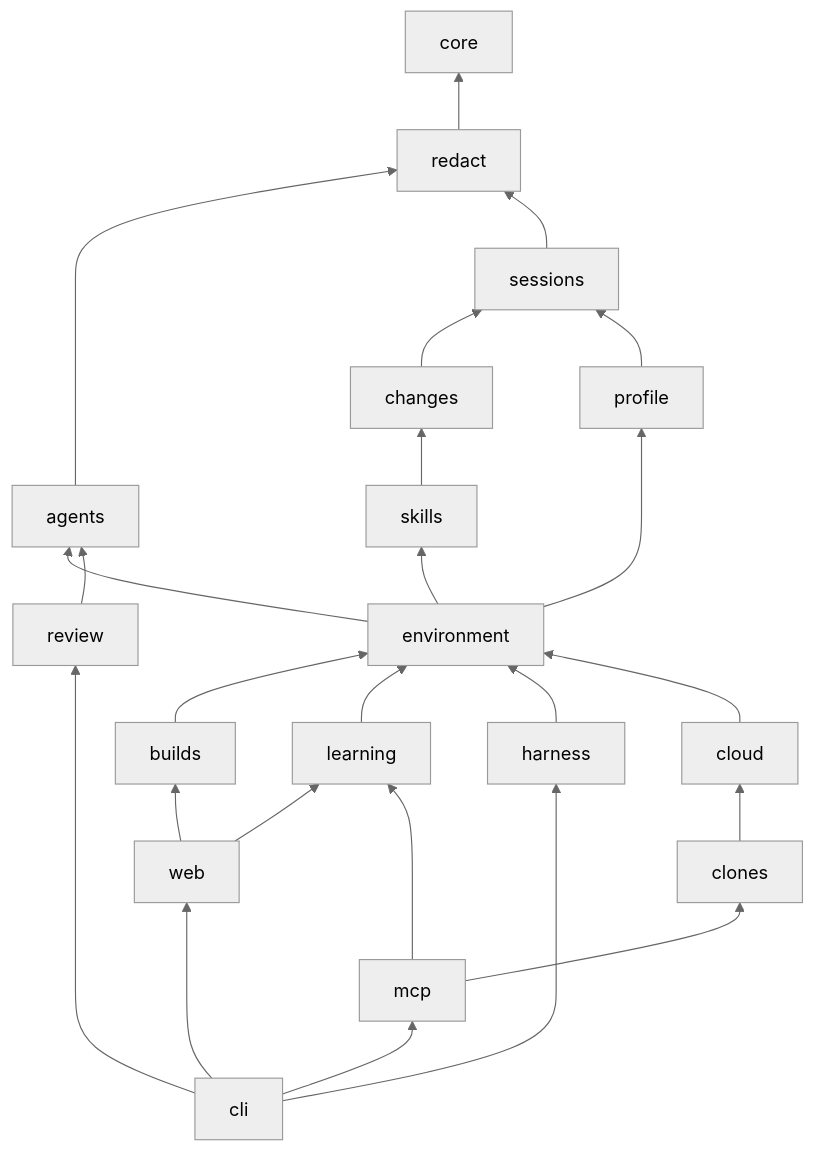
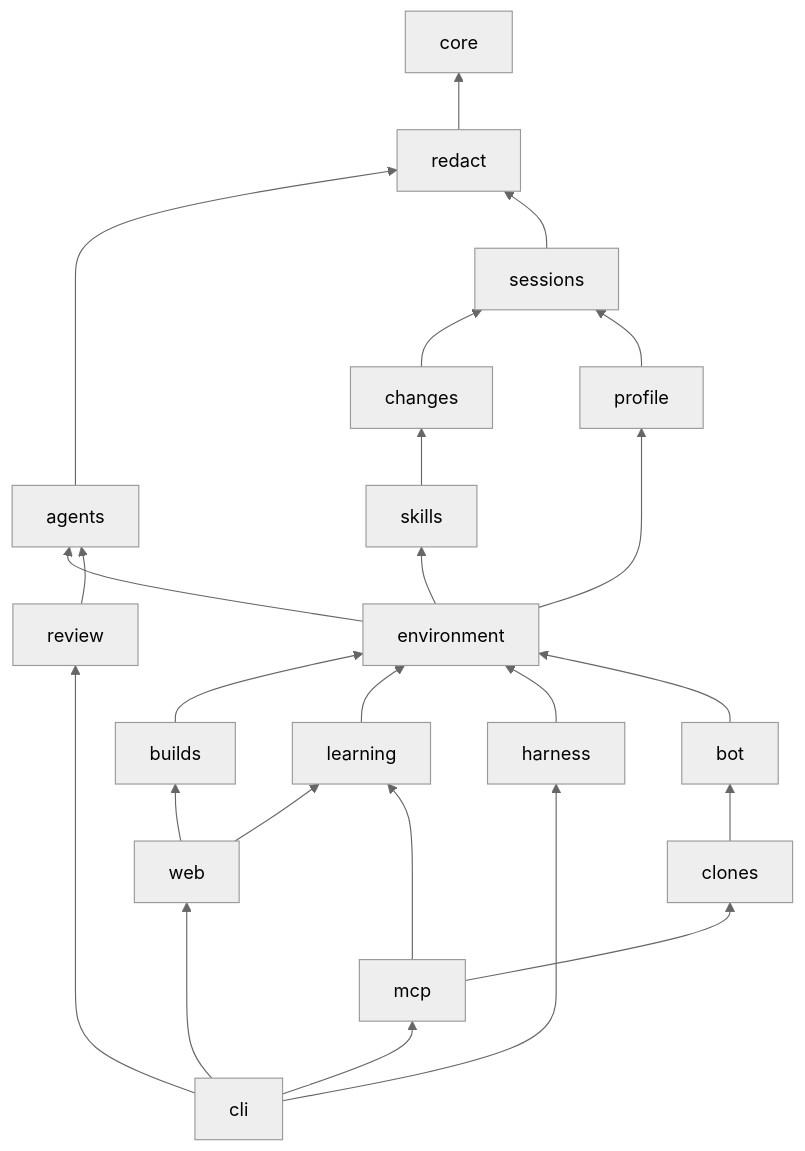
One commit to theonly1me/shadowclone changed the first of 2 diagrams in docs/architecture/README.md. Above: the diagram before and after it, drawn with Mermaid (neutral theme). The commit also changed other lines of this file and 94 other files, not shown here.

First line of the commit message:
refactor: call the cloud bot the actions bot (#244)

````diff
--- a/docs/architecture/README.md
+++ b/docs/architecture/README.md
@@ -37,26 +37,26 @@
 ```mermaid
 graph BT
   redact --> core
   agents --> redact
   sessions --> redact
   changes --> sessions
   skills --> changes
   profile --> sessions
   environment --> profile
   environment --> skills
   environment --> agents
   builds --> environment
   learning --> environment
   harness --> environment
   review --> agents
-  cloud --> environment
+  bot --> environment
   web --> builds
   web --> learning
   mcp --> learning
-  clones --> cloud
+  clones --> bot
   mcp --> clones
   cli --> mcp
   cli --> web
   cli --> harness
   cli --> review
 ```
````
